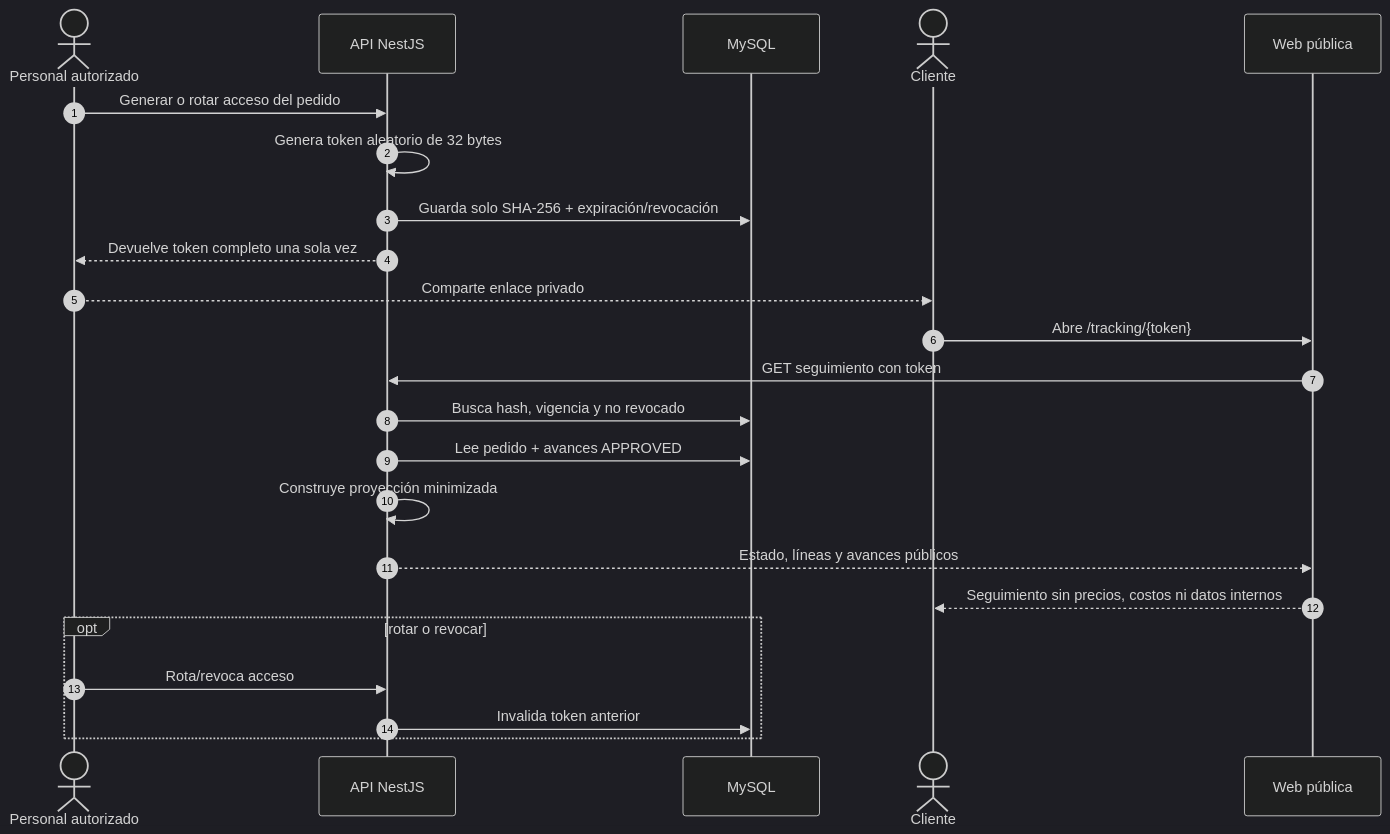
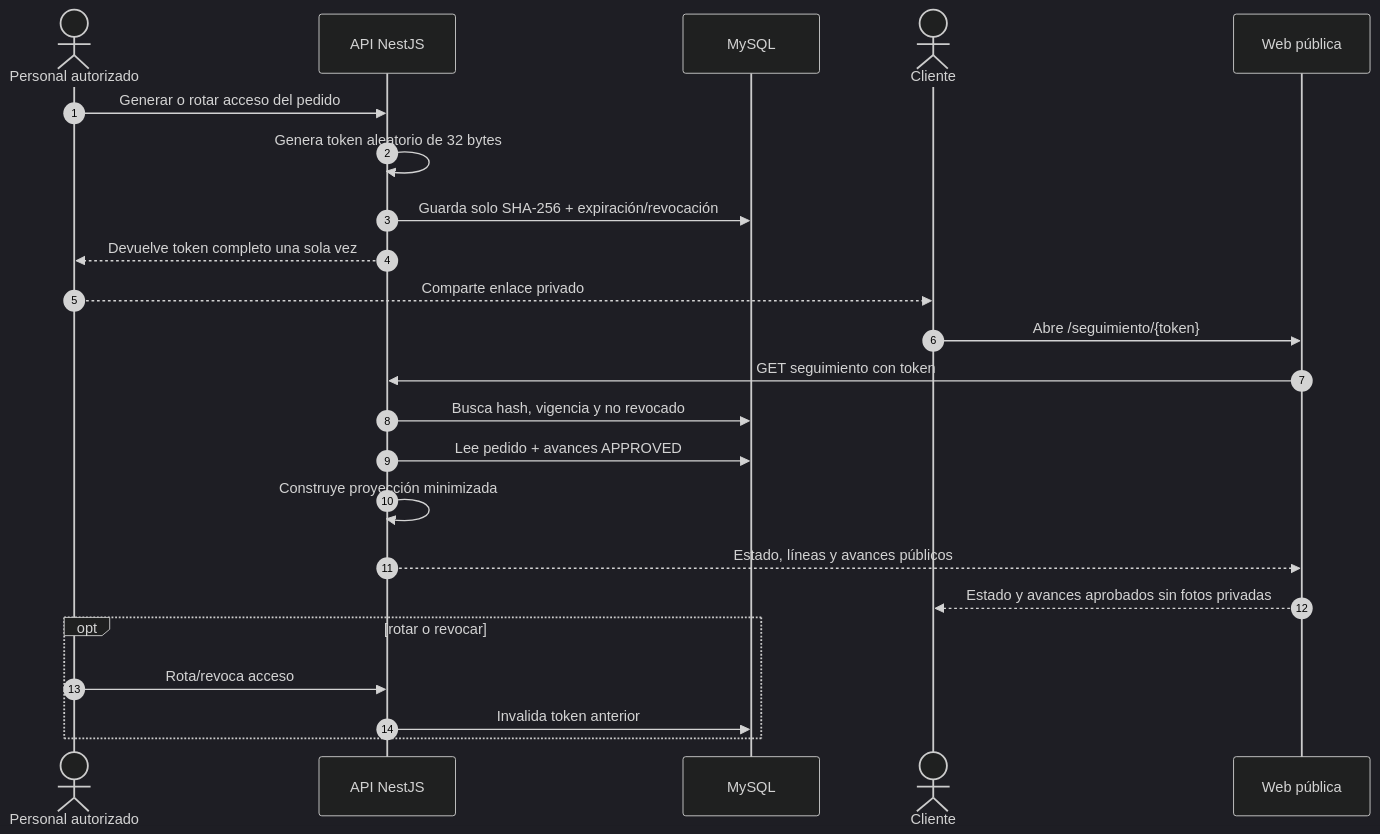
Before and after one commit to IngenieroCui/Home_Fashion: the diagram in docs/diagrams/source/D-11-secuencia-seguimiento-privado.mmd, drawn with Mermaid (dark theme). The commit also changed 18 other files, not shown here.

```diff
--- a/docs/diagrams/source/D-11-secuencia-seguimiento-privado.mmd
+++ b/docs/diagrams/source/D-11-secuencia-seguimiento-privado.mmd
@@ -1,26 +1,26 @@
 %% D-11 — Secuencia: seguimiento privado
 %% Fuentes: order-tracking.service.ts; order-tracking controller/tests
 sequenceDiagram
   autonumber
   actor P as Personal autorizado
   participant A as API NestJS
   participant DB as MySQL
   actor C as Cliente
   participant W as Web pública
 
   P->>A: Generar o rotar acceso del pedido
   A->>A: Genera token aleatorio de 32 bytes
   A->>DB: Guarda solo SHA-256 + expiración/revocación
   A-->>P: Devuelve token completo una sola vez
   P-->>C: Comparte enlace privado
-  C->>W: Abre /tracking/{token}
+  C->>W: Abre /seguimiento/{token}
   W->>A: GET seguimiento con token
   A->>DB: Busca hash, vigencia y no revocado
   A->>DB: Lee pedido + avances APPROVED
   A->>A: Construye proyección minimizada
   A-->>W: Estado, líneas y avances públicos
-  W-->>C: Seguimiento sin precios, costos ni datos internos
+  W-->>C: Estado y avances aprobados sin fotos privadas
   opt rotar o revocar
     P->>A: Rota/revoca acceso
     A->>DB: Invalida token anterior
   end
```
